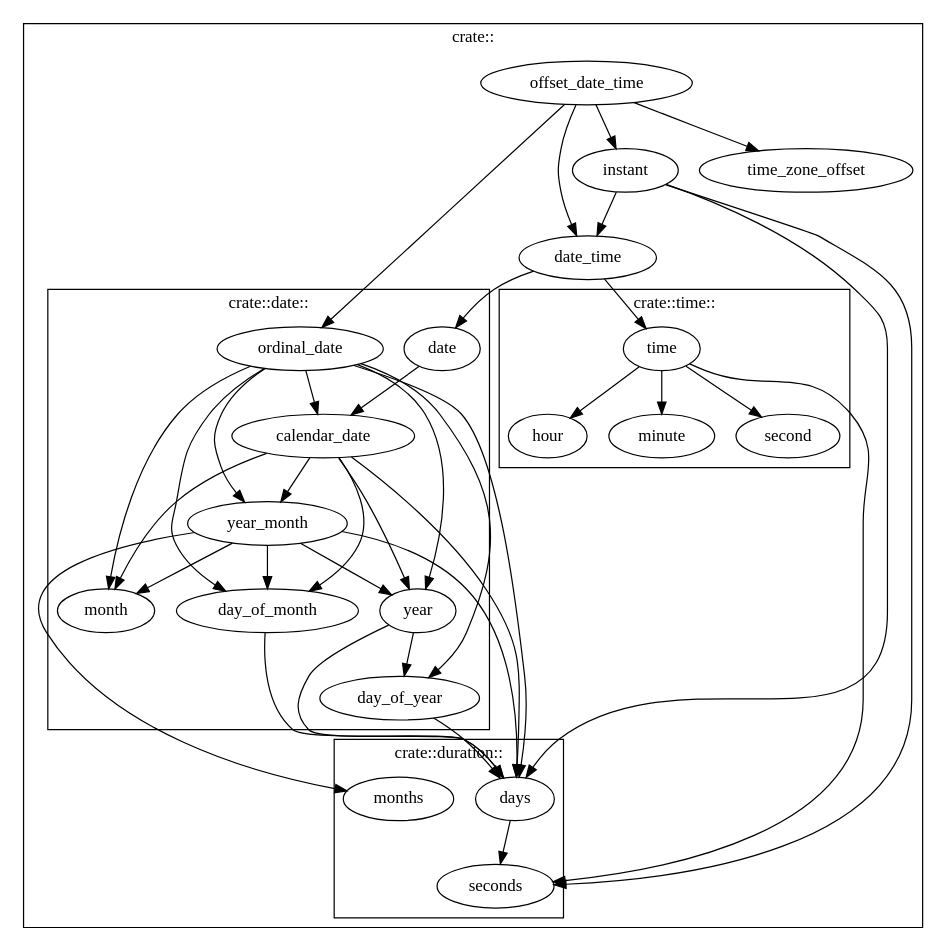
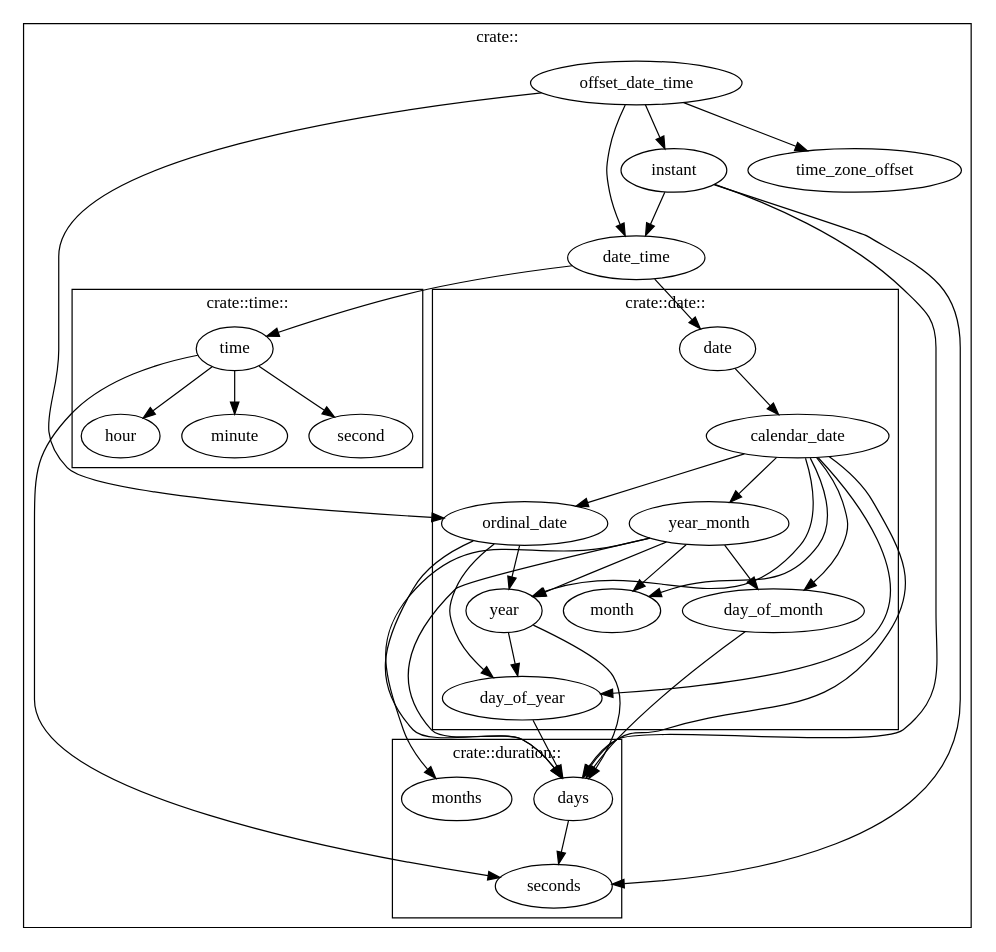
One commit to bouzuya/rust-limited-date-time changed the diagram in mod_deps.dot. Above: the diagram before and after it, drawn with Graphviz. The commit also changed 2 other files, not shown here.

Commit message:
calendar_date depends ordinal_date

```diff
--- a/mod_deps.dot
+++ b/mod_deps.dot
@@ -1,86 +1,84 @@
 digraph {
   // Vertex
 
   subgraph cluster3 {
     label = "crate::"
 
     subgraph cluster0 {
       label = "crate::date::"
       date
       calendar_date
       day_of_month
       day_of_year
       month
       ordinal_date
       year
       year_month
     }
 
     subgraph cluster1 {
       label = "crate::duration::"
       days
       months
       seconds
     }
 
     subgraph cluster2 {
       label = "crate::time::"
       hour
       minute
       second
       time
     }
 
     date_time
     // date
     // duration
     instant
     offset_date_time
     time_zone_offset
     // time
   }
 
   // Edge
 
   // date::*
   day_of_month -> days
   day_of_year -> days
   year_month -> days
   year_month -> months
   year_month -> day_of_month
   year_month -> month
   year_month -> year
   year -> day_of_year
   year -> days
 
   // duration::*
   days -> seconds
 
   // crate::*
   date -> calendar_date
   calendar_date -> day_of_month
+  calendar_date -> day_of_year
   calendar_date -> days
   calendar_date -> month
+  calendar_date -> ordinal_date
   calendar_date -> year
   calendar_date -> year_month
   date_time -> date
   date_time -> time
   instant -> date_time
   instant -> days
   instant -> seconds
   offset_date_time -> date_time
   offset_date_time -> instant
   offset_date_time -> ordinal_date
   offset_date_time -> time_zone_offset
-  ordinal_date -> calendar_date
-  ordinal_date -> day_of_month
   ordinal_date -> day_of_year
   ordinal_date -> days
-  ordinal_date -> month
   ordinal_date -> year
-  ordinal_date -> year_month
   time -> hour
   time -> minute
   time -> second
   time -> seconds
 }
```
